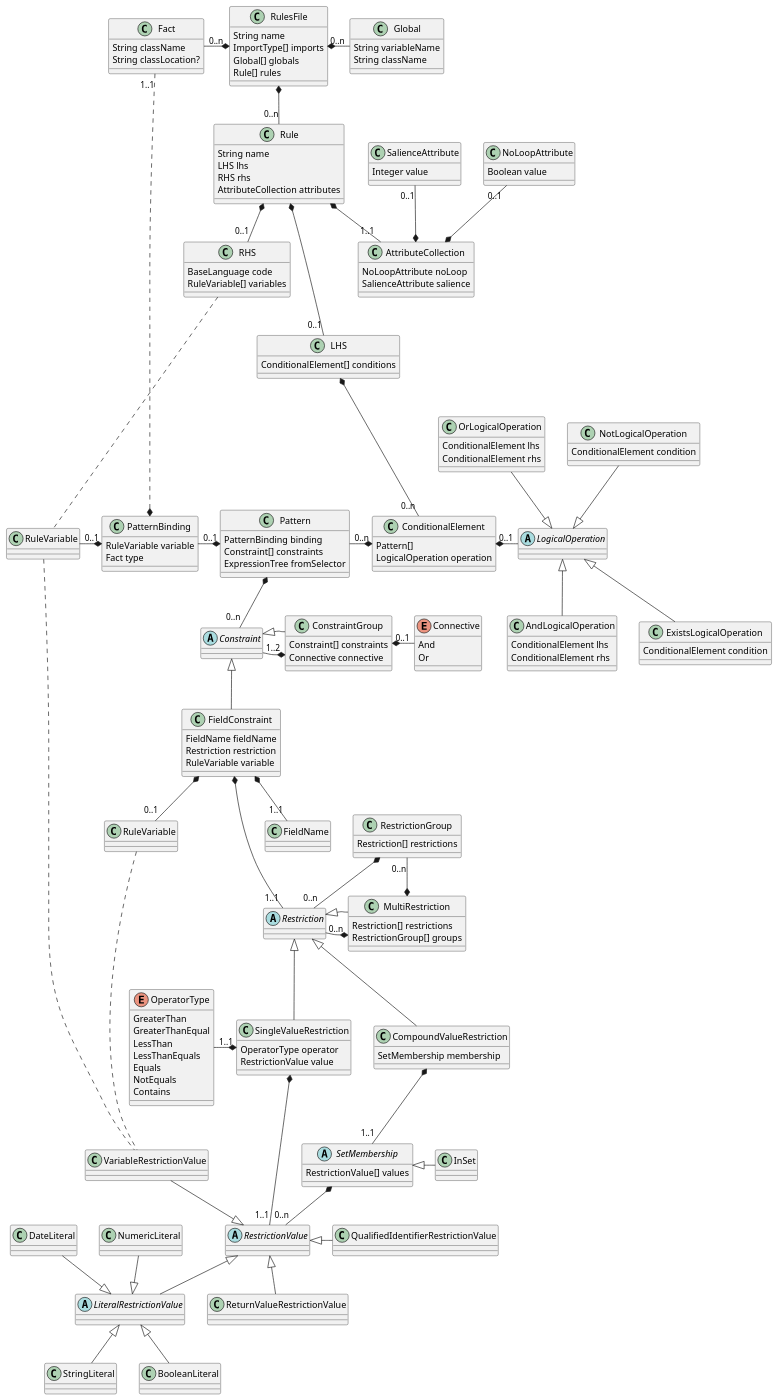
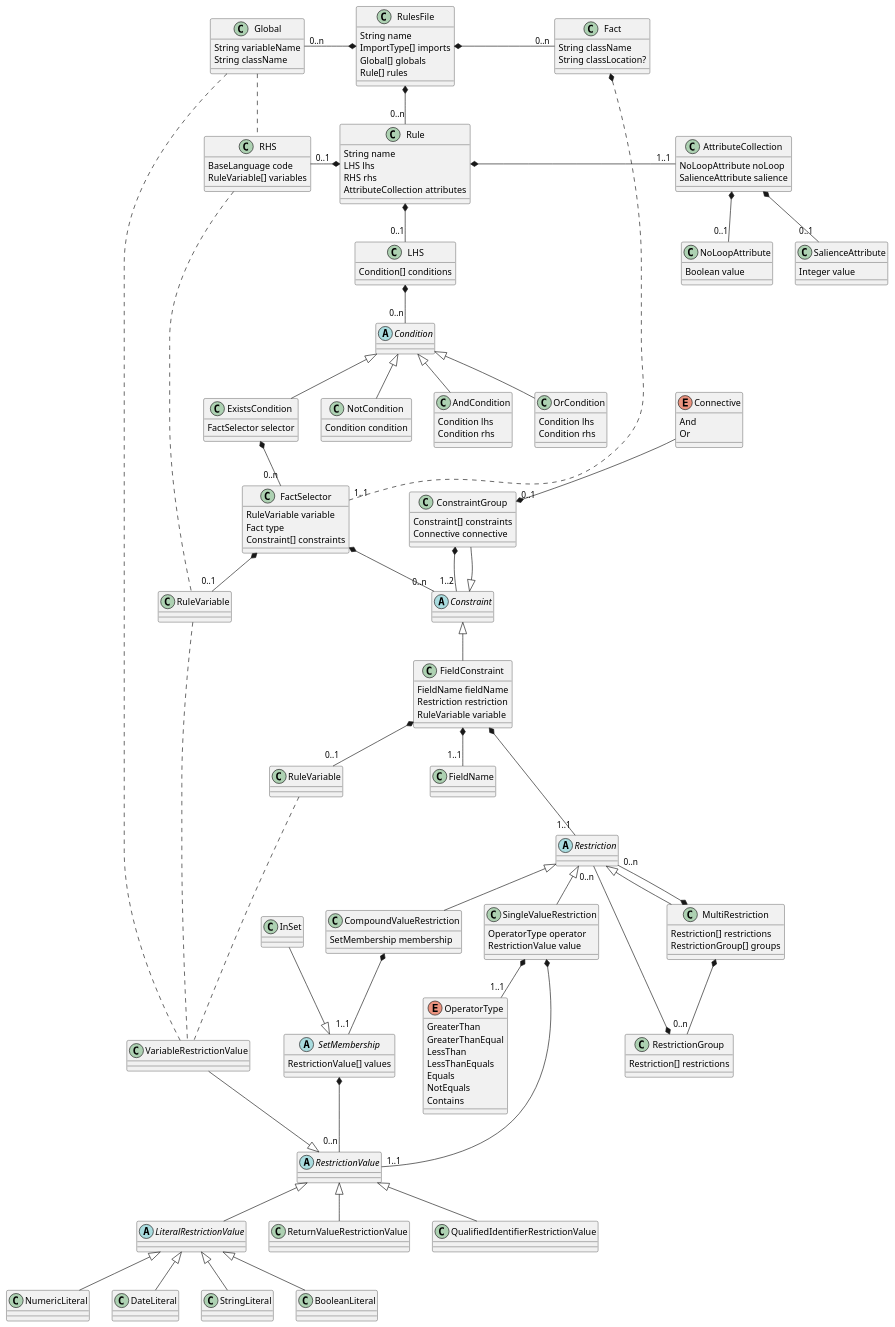
The diagram in Thesis/Sections/images/DroolsLiteStructure.wsd (jewelEarthDeveloper/Thesis2021), drawn with PlantUML before and after one commit. The commit also changed 2 other files, not shown here.

```diff
--- a/Thesis/Sections/images/DroolsLiteStructure.wsd
+++ b/Thesis/Sections/images/DroolsLiteStructure.wsd
@@ -14,26 +14,15 @@
         Global : String variableName
         Global : String className
 
-
-
-    RulesFile *---left- "0..n" Fact
-    RulesFile *-right- "0..n" Global
-    RulesFile *-- "0..n" Rule
-
-
     class Rule
         Rule : String name
         Rule : LHS lhs
         Rule : RHS rhs
         Rule : AttributeCollection attributes
-        
-    class RHS
-        RHS : BaseLanguage code
-        RHS : RuleVariable[] variables
 
-    Rule *--- "0..1" LHS
-    Rule *-- "0..1" RHS
-    Rule *-- "1..1" AttributeCollection
+    RulesFile *-right- "0..n" Fact
+    RulesFile *-left- "0..n" Global
+    RulesFile *-down- "0..n" Rule
 
     class AttributeCollection
         AttributeCollection : NoLoopAttribute noLoop
@@ -45,79 +34,76 @@
     class SalienceAttribute
         SalienceAttribute : Integer value
 
-    AttributeCollection *-up- "0..1" NoLoopAttribute 
-    AttributeCollection *-up- "0..1" SalienceAttribute 
+    AttributeCollection *-- "0..1" NoLoopAttribute 
+    AttributeCollection *-- "0..1" SalienceAttribute 
 
 
+
+    class RHS
+        RHS : BaseLanguage code
+        RHS : RuleVariable[] variables
+
+    Rule *-down- "0..1" LHS
+    Rule *-left- "0..1" RHS
+    Rule *-right- "1..1" AttributeCollection
+
     class LHS
-        LHS : ConditionalElement[] conditions
+        LHS : Condition[] conditions
 
-    LHS *-- "0..n" ConditionalElement
+    abstract Condition
 
-    class ConditionalElement
-        ConditionalElement : Pattern[] 
-        ConditionalElement : LogicalOperation operation
+    class AndCondition
+        AndCondition : Condition lhs
+        AndCondition : Condition rhs
 
-    abstract LogicalOperation
+    class OrCondition
+        OrCondition : Condition lhs
+        OrCondition : Condition rhs
 
-    ConditionalElement *-right- "0..1" LogicalOperation
-    
-    class AndLogicalOperation
-        AndLogicalOperation : ConditionalElement lhs
-        AndLogicalOperation : ConditionalElement rhs
+    class NotCondition 
+        NotCondition : Condition condition
 
-    class OrLogicalOperation
-        OrLogicalOperation : ConditionalElement lhs
-        OrLogicalOperation : ConditionalElement rhs
+    class ExistsCondition
+        ExistsCondition : FactSelector selector
 
-    class NotLogicalOperation 
-        NotLogicalOperation : ConditionalElement condition
+    LHS *-- "0..n" Condition
 
-    class ExistsLogicalOperation
-        ExistsLogicalOperation : ConditionalElement condition
+    Condition <|-- AndCondition
+    Condition <|-- OrCondition
+    Condition <|-- NotCondition 
+    Condition <|-- ExistsCondition
 
-    LogicalOperation <|-- AndLogicalOperation
-    LogicalOperation <|-up- OrLogicalOperation
-    LogicalOperation <|-up- NotLogicalOperation 
-    LogicalOperation <|-- ExistsLogicalOperation
+    class FactSelector  
+        FactSelector : RuleVariable variable
+        FactSelector : Fact type
+        FactSelector : Constraint[] constraints
 
-
-    class Pattern  
-        Pattern : PatternBinding binding
-        Pattern : Constraint[] constraints
-        Pattern : ExpressionTree fromSelector
-
-    ConditionalElement *-left- "0..n" Pattern
-
-    class PatternBinding
-        PatternBinding : RuleVariable variable
-        PatternBinding : Fact type
-
-    Pattern *-left- "0..1" PatternBinding
+    ExistsCondition *-- "0..n" FactSelector
 
     class "RuleVariable" as ruleVariable1 
    
-    PatternBinding *-left- "0..1" ruleVariable1
+    FactSelector *-- "0..1" ruleVariable1
     RHS ....  ruleVariable1
+    Global .. RHS
 
-    PatternBinding *..up... "1..1" Fact
+    Fact *..... "1..1" FactSelector
 
     abstract Constraint
 
-    Pattern *-- "0..n" Constraint
+    FactSelector *-- "0..n" Constraint
 
     class ConstraintGroup
         ConstraintGroup : Constraint[] constraints
         ConstraintGroup : Connective connective
 
-    ConstraintGroup *-left- "1..2" Constraint
-	ConstraintGroup -left-|> Constraint
+    ConstraintGroup *-- "1..2" Constraint
+	ConstraintGroup --|> Constraint
     
     enum Connective
         Connective : And
         Connective : Or
 
-    Connective -left-* "0..1" ConstraintGroup
+    Connective --* "0..1" ConstraintGroup
 
     class FieldConstraint
         FieldConstraint : FieldName fieldName
@@ -128,7 +114,7 @@
     class "RuleVariable" as ruleVariable2 
    
     FieldConstraint *-- "0..1" ruleVariable2
-
+   
     class FieldName
 
     FieldConstraint *-- "1..1" FieldName
@@ -150,7 +136,7 @@
 		OperatorType : NotEquals
 		OperatorType : Contains
 
-    SingleValueRestriction *-left- "1..1" OperatorType
+    SingleValueRestriction *-- "1..1" OperatorType
 
     abstract RestrictionValue
 
@@ -163,8 +149,8 @@
     class StringLiteral
     class BooleanLiteral
 
-    LiteralRestrictionValue <|-up- NumericLiteral
-    LiteralRestrictionValue <|-up- DateLiteral
+    LiteralRestrictionValue <|-- NumericLiteral
+    LiteralRestrictionValue <|-- DateLiteral
     LiteralRestrictionValue <|-- StringLiteral
     LiteralRestrictionValue <|-- BooleanLiteral
 
@@ -172,15 +158,14 @@
     class ReturnValueRestrictionValue
     class QualifiedIdentifierRestrictionValue
     
-    VariableRestrictionValue -down-|> RestrictionValue
+    VariableRestrictionValue --|> RestrictionValue
     ruleVariable1 .... VariableRestrictionValue
     ruleVariable2 .... VariableRestrictionValue
+    Global .... VariableRestrictionValue
 
     RestrictionValue <|-- LiteralRestrictionValue
     RestrictionValue <|-- ReturnValueRestrictionValue
-    RestrictionValue <|-right- QualifiedIdentifierRestrictionValue
-
-    SetMembership --left[hidden]-- VariableRestrictionValue
+    RestrictionValue <|-- QualifiedIdentifierRestrictionValue
 
     class CompoundValueRestriction
         CompoundValueRestriction : SetMembership membership
@@ -193,18 +178,18 @@
 
     class InSet
 
-    InSet -left-|> SetMembership
+    InSet --|> SetMembership
 
     class MultiRestriction
         MultiRestriction : Restriction[] restrictions
         MultiRestriction : RestrictionGroup[] groups
 
-    MultiRestriction *-left- "0..n" Restriction
+    MultiRestriction *-- "0..n" Restriction
 
     class RestrictionGroup
         RestrictionGroup : Restriction[] restrictions
 
-    MultiRestriction *-left- "0..n" RestrictionGroup
+    MultiRestriction *-- "0..n" RestrictionGroup
     RestrictionGroup *-- "0..n" Restriction
 
     Restriction <|-- SingleValueRestriction
@@ -212,4 +197,4 @@
     Restriction <|-- MultiRestriction
     
 	Constraint <|-- FieldConstraint
-@enduml
+@endumld
```
